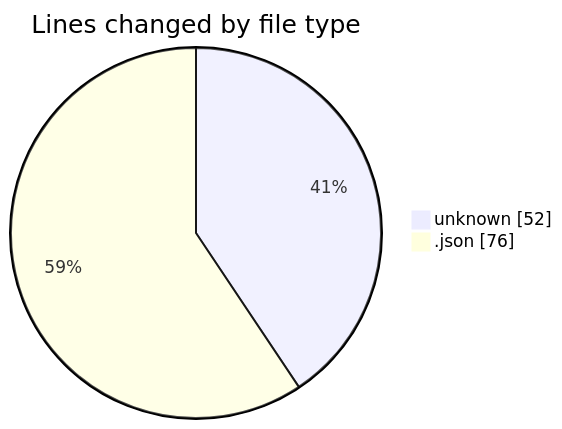
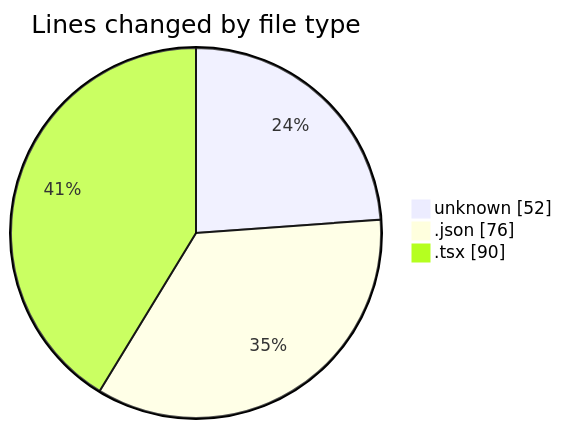
Before and after one commit to JenPaints/code-tracking: the first of 2 diagrams in 2025-06-28/navtech/README.md, drawn with Mermaid. The commit also changed other lines of this file and 1 other file, not shown here.

````diff
--- a/2025-06-28/navtech/README.md
+++ b/2025-06-28/navtech/README.md
@@ -22,6 +23,7 @@
 ```mermaid
 pie showData
 title Lines changed by file type
 "unknown" : 52
 ".json" : 76
+".tsx" : 90
 ```
````
